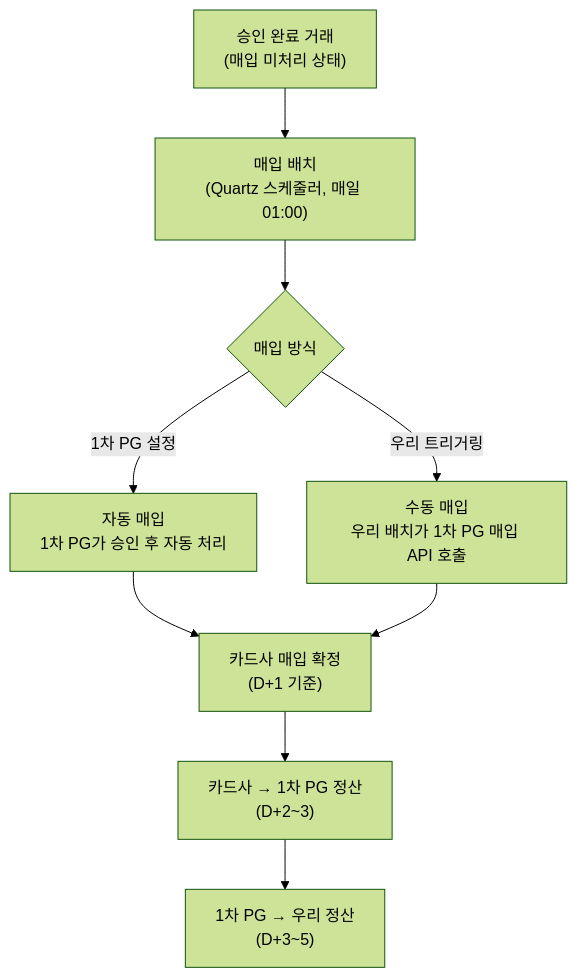
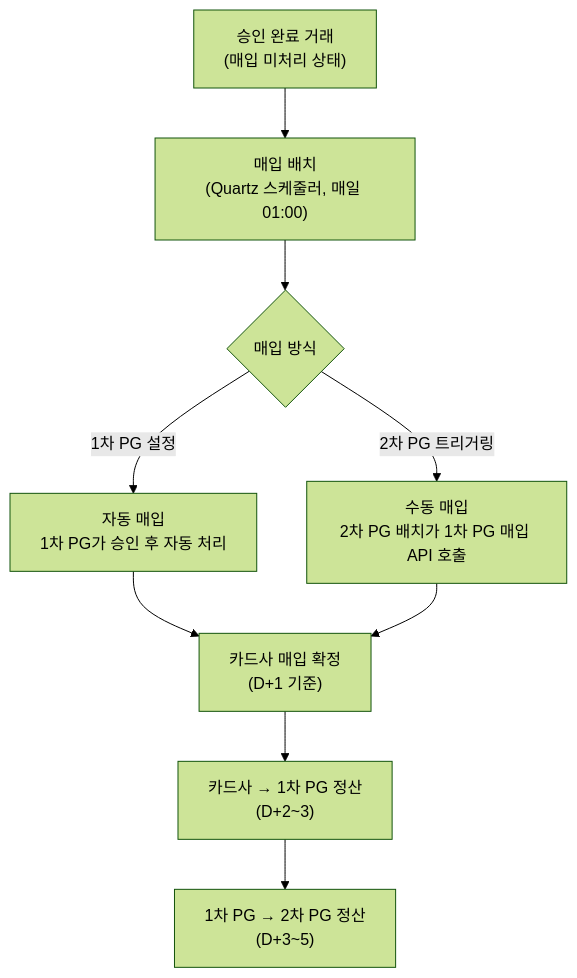
One commit to sweetpark/sweetpark.github.io changed diagram 17 of 25 in content/AI 도구/PG 교육자료/[AI] 2차 PG 백엔드 개발자 교육 문서 - 핵심 개념 및 특징 정리.md. Above: the diagram before and after it, drawn with Mermaid (forest theme). The commit also changed other lines of this file and 40 other files, not shown here.

````diff
--- a/content/AI 도구/PG 교육자료/[AI] 2차 PG 백엔드 개발자 교육 문서 - 핵심 개념 및 특징 정리.md
+++ b/content/AI 도구/PG 교육자료/[AI] 2차 PG 백엔드 개발자 교육 문서 - 핵심 개념 및 특징 정리.md
@@ -903,18 +903,18 @@
 ```mermaid
 flowchart TD
     A["승인 완료 거래\n(매입 미처리 상태)"]
     B["매입 배치\n(Quartz 스케줄러, 매일 01:00)"]
     C{매입 방식}
     D["자동 매입\n1차 PG가 승인 후 자동 처리"]
-    E["수동 매입\n우리 배치가 1차 PG 매입 API 호출"]
+    E["수동 매입\n2차 PG 배치가 1차 PG 매입 API 호출"]
     F["카드사 매입 확정\n(D+1 기준)"]
     G["카드사 → 1차 PG 정산\n(D+2~3)"]
-    H["1차 PG → 우리 정산\n(D+3~5)"]
+    H["1차 PG → 2차 PG 정산\n(D+3~5)"]
 
     A --> B --> C
     C -->|"1차 PG 설정"| D
-    C -->|"우리 트리거링"| E
+    C -->|"2차 PG 트리거링"| E
     D --> F
     E --> F
     F --> G --> H
 ```
````
